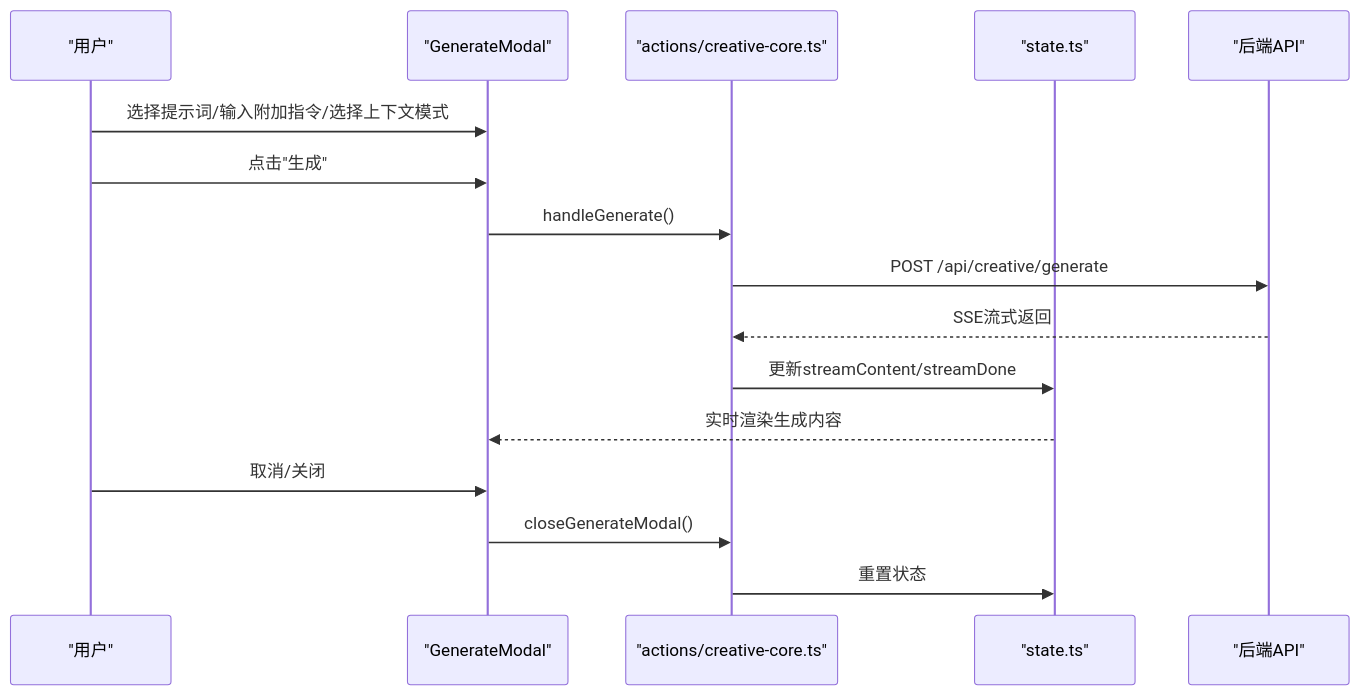
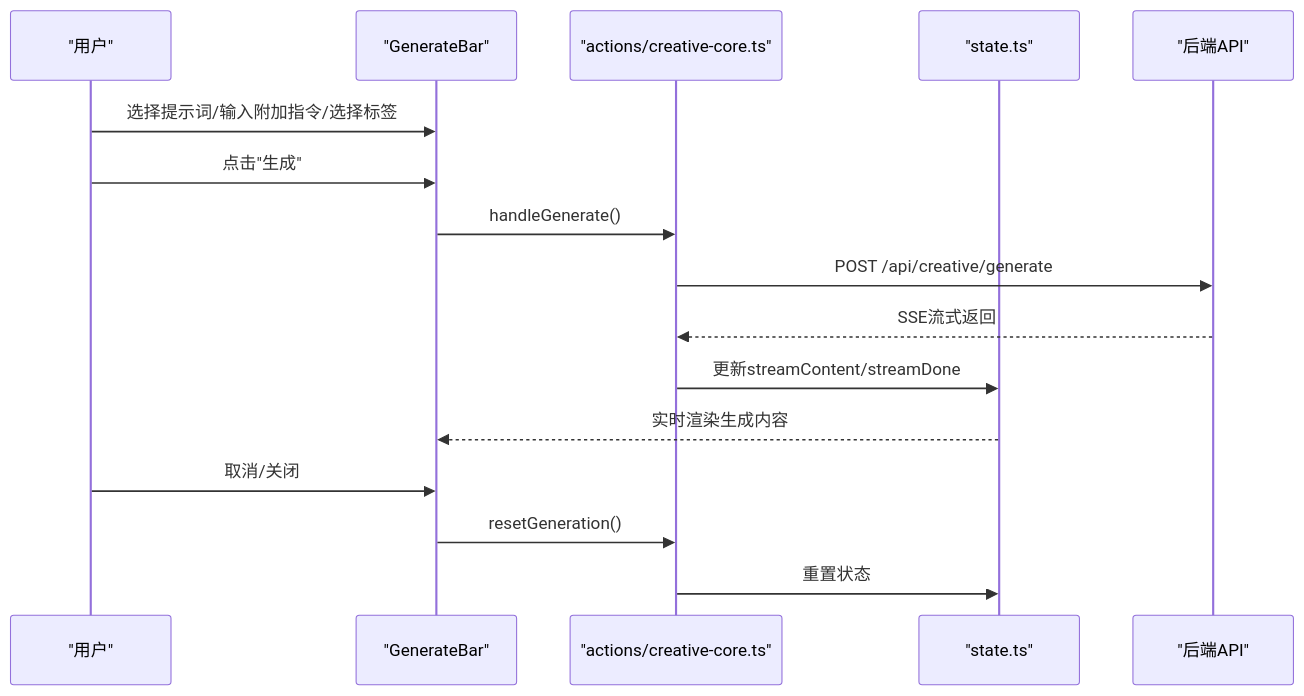
Before and after one commit to BlackBoxRecorder/memos: the tenth of 16 diagrams in .qoder/repowiki/zh/content/前端应用/Admin管理界面/Admin管理界面.md, drawn with Mermaid. The commit also changed other lines of this file and 7 other files, not shown here.

````diff
--- a/.qoder/repowiki/zh/content/前端应用/Admin管理界面/Admin管理界面.md
+++ b/.qoder/repowiki/zh/content/前端应用/Admin管理界面/Admin管理界面.md
@@ -405,18 +402,18 @@
 ```mermaid
 sequenceDiagram
 participant U as "用户"
-participant GM as "GenerateModal"
+participant GB as "GenerateBar"
 participant CC as "actions/creative-core.ts"
 participant ST as "state.ts"
 participant API as "后端API"
-U->>GM : 选择提示词/输入附加指令/选择上下文模式
-U->>GM : 点击"生成"
-GM->>CC : handleGenerate()
+U->>GB : 选择提示词/输入附加指令/选择标签
+U->>GB : 点击"生成"
+GB->>CC : handleGenerate()
 CC->>API : POST /api/creative/generate
 API-->>CC : SSE流式返回
 CC->>ST : 更新streamContent/streamDone
-ST-->>GM : 实时渲染生成内容
-U->>GM : 取消/关闭
-GM->>CC : closeGenerateModal()
+ST-->>GB : 实时渲染生成内容
+U->>GB : 取消/关闭
+GB->>CC : resetGeneration()
 CC->>ST : 重置状态
 ```
````
